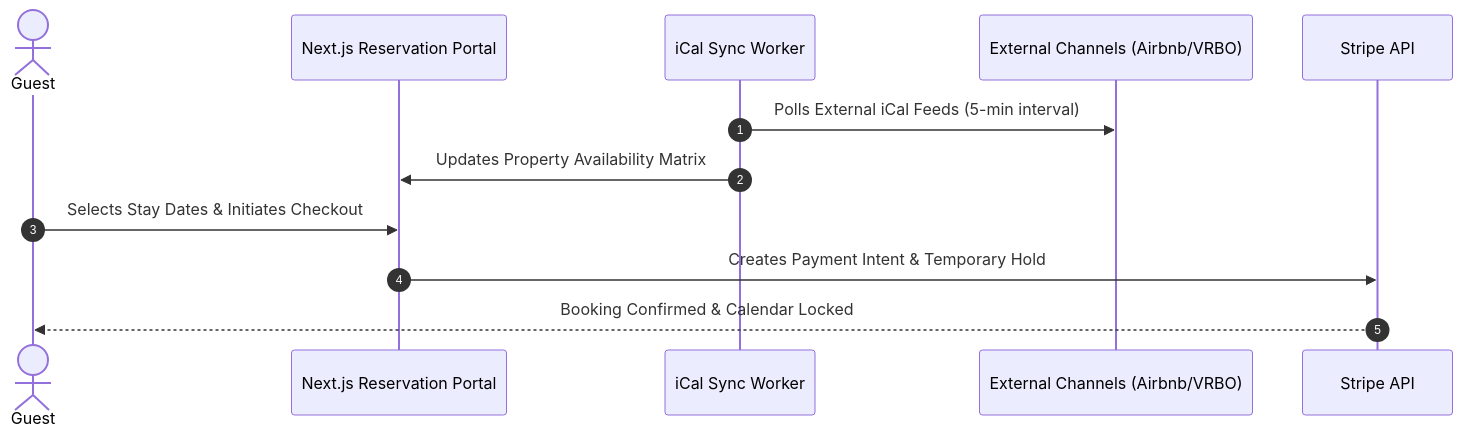
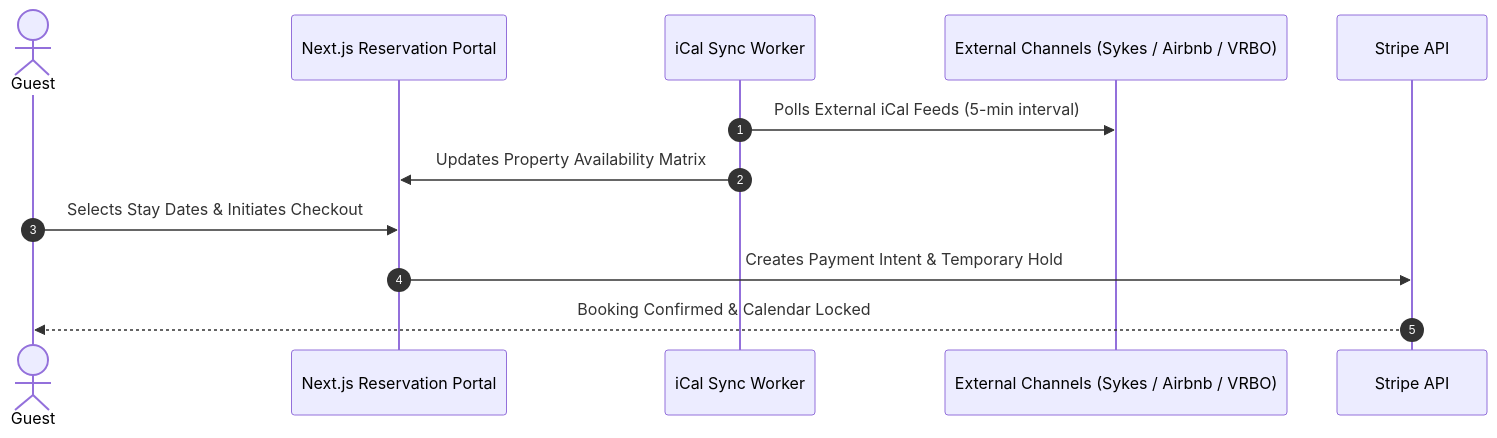
Before and after one commit to Gurpreet-Singh-Bhamra/holiday-letting-engine-architecture: the diagram in README.md, drawn with Mermaid. The commit also changed other lines of this file, not shown here.

Commit message:
docs(readme): include Sykes Cottages in OTA calendar sync architecture

````diff
--- a/README.md
+++ b/README.md
@@ -31,15 +33,15 @@
 ```mermaid
 sequenceDiagram
     autonumber
     actor Guest
     participant Web as Next.js Reservation Portal
     participant Sync as iCal Sync Worker
-    participant OTA as External Channels (Airbnb/VRBO)
+    participant OTA as External Channels (Sykes / Airbnb / VRBO)
     participant Payment as Stripe API
 
     Sync->>OTA: Polls External iCal Feeds (5-min interval)
     Sync->>Web: Updates Property Availability Matrix
     Guest->>Web: Selects Stay Dates & Initiates Checkout
     Web->>Payment: Creates Payment Intent & Temporary Hold
     Payment-->>Guest: Booking Confirmed & Calendar Locked
 ```
````
